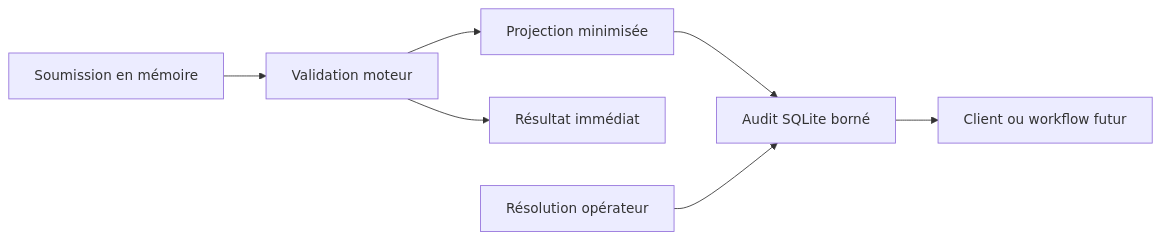
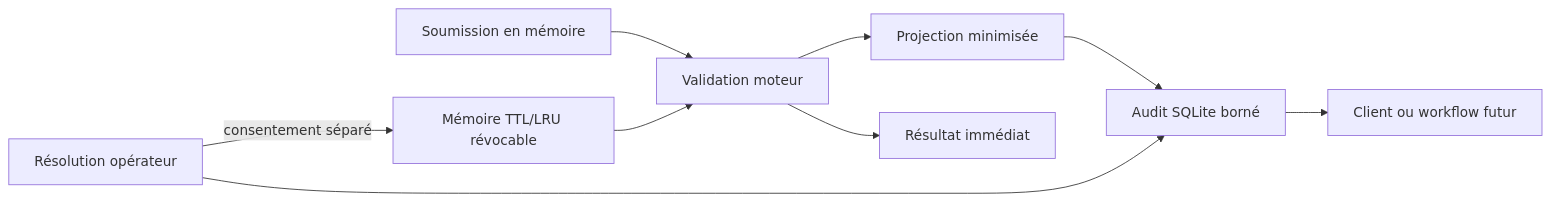
Before and after one commit to W-D0n/semantic-engine: the diagram in docs/product/audit.md, drawn with Mermaid. The commit also changed other lines of this file and 50 other files, not shown here.

````diff
--- a/docs/product/audit.md
+++ b/docs/product/audit.md
@@ -59,9 +86,11 @@
 ```mermaid
 flowchart LR
     S["Soumission en mémoire"] --> V["Validation moteur"]
     V --> M["Projection minimisée"]
     M --> A["Audit SQLite borné"]
     V --> UI["Résultat immédiat"]
     R["Résolution opérateur"] --> A
+    R -->|"consentement séparé"| L["Mémoire TTL/LRU révocable"]
+    L --> V
     A --> C["Client ou workflow futur"]
 ```
````
